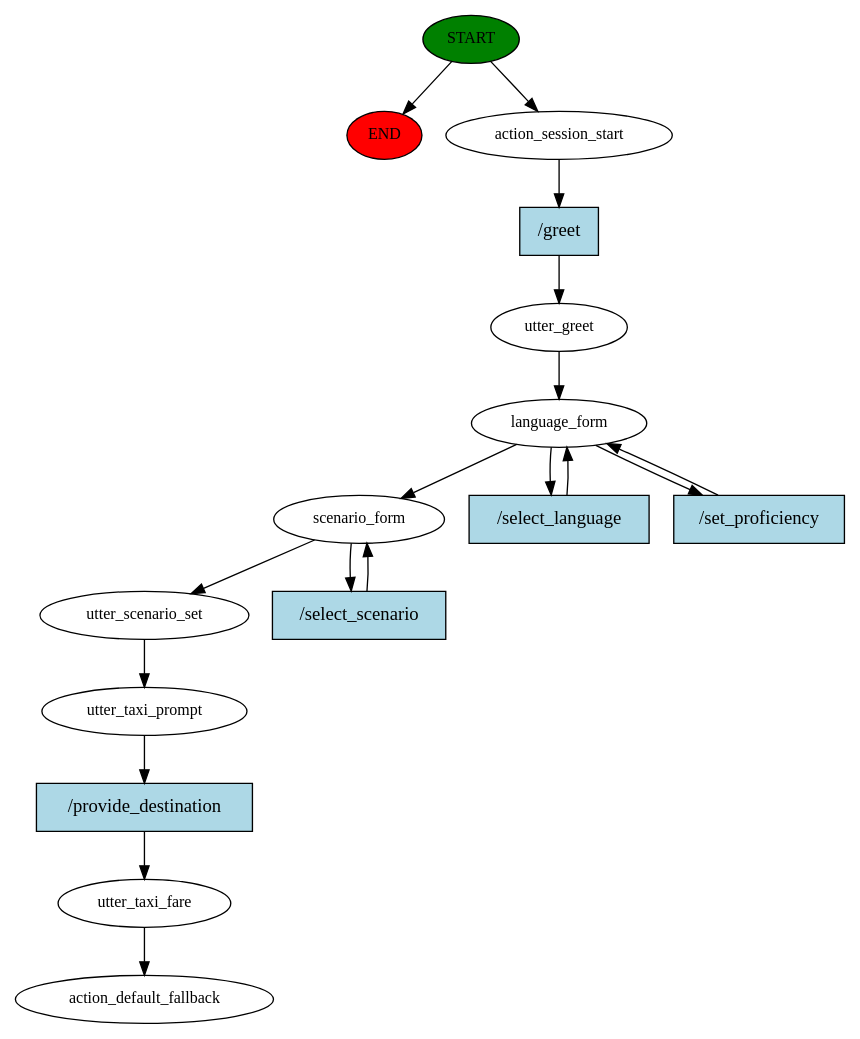
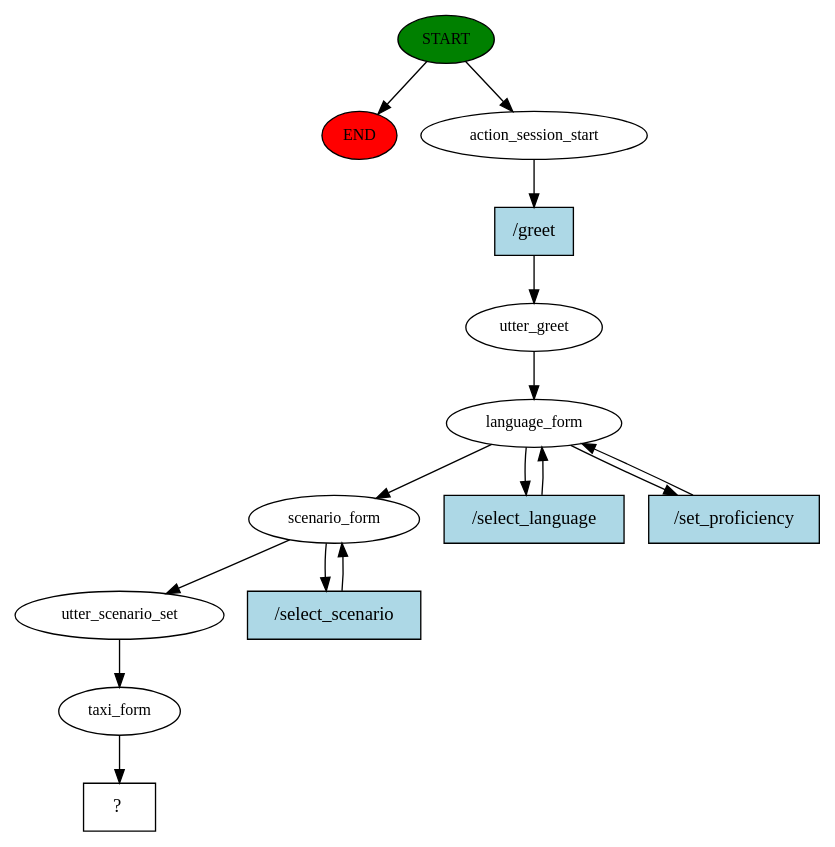
Before and after one commit to mjc136/4thYearProject: the diagram in rasa/story_graph.dot, drawn with Graphviz. The commit also changed 6 other files, not shown here.

Commit message:
working on taxi scenario

```diff
--- a/rasa/story_graph.dot
+++ b/rasa/story_graph.dot
@@ -1,34 +1,30 @@
 digraph  {
 0 [class="start active", fillcolor=green, fontsize=12, label=START, style=filled];
 "-1" [class=end, fillcolor=red, fontsize=12, label=END, style=filled];
 1 [class=active, fontsize=12, label=action_session_start];
 2 [class=active, fontsize=12, label=utter_greet];
 3 [class=active, fontsize=12, label=language_form];
 6 [class=active, fontsize=12, label=scenario_form];
 8 [class=active, fontsize=12, label=utter_scenario_set];
-9 [class=active, fontsize=12, label=utter_taxi_prompt];
-10 [class=active, fontsize=12, label=utter_taxi_fare];
-11 [class="dashed active", fontsize=12, label=action_default_fallback];
-12 [class="intent active", fillcolor=lightblue, label="/greet", shape=rect, style=filled];
-13 [class="intent active", fillcolor=lightblue, label="/select_language", shape=rect, style=filled];
-14 [class="intent active", fillcolor=lightblue, label="/set_proficiency", shape=rect, style=filled];
-15 [class="intent active", fillcolor=lightblue, label="/select_scenario", shape=rect, style=filled];
-16 [class="intent active", fillcolor=lightblue, label="/provide_destination", shape=rect, style=filled];
+9 [class=active, fontsize=12, label=taxi_form];
+10 [class="intent dashed active", label="  ?  ", shape=rect];
+11 [class="intent active", fillcolor=lightblue, label="/greet", shape=rect, style=filled];
+12 [class="intent active", fillcolor=lightblue, label="/select_language", shape=rect, style=filled];
+13 [class="intent active", fillcolor=lightblue, label="/set_proficiency", shape=rect, style=filled];
+14 [class="intent active", fillcolor=lightblue, label="/select_scenario", shape=rect, style=filled];
 0 -> "-1"  [class="", key=NONE, label=""];
 0 -> 1  [class=active, key=NONE, label=""];
-1 -> 12  [class=active, key=0];
+1 -> 11  [class=active, key=0];
 2 -> 3  [class=active, key=NONE, label=""];
 3 -> 6  [class=active, key=NONE, label=""];
+3 -> 12  [class=active, key=0];
 3 -> 13  [class=active, key=0];
-3 -> 14  [class=active, key=0];
 6 -> 8  [class=active, key=NONE, label=""];
-6 -> 15  [class=active, key=0];
+6 -> 14  [class=active, key=0];
 8 -> 9  [class=active, key=NONE, label=""];
-9 -> 16  [class=active, key=0];
-10 -> 11  [class=active, key=NONE, label=""];
-12 -> 2  [class=active, key=0];
+9 -> 10  [class=active, key=NONE, label=""];
+11 -> 2  [class=active, key=0];
+12 -> 3  [class=active, key=0];
 13 -> 3  [class=active, key=0];
-14 -> 3  [class=active, key=0];
-15 -> 6  [class=active, key=0];
-16 -> 10  [class=active, key=0];
+14 -> 6  [class=active, key=0];
 }
```
